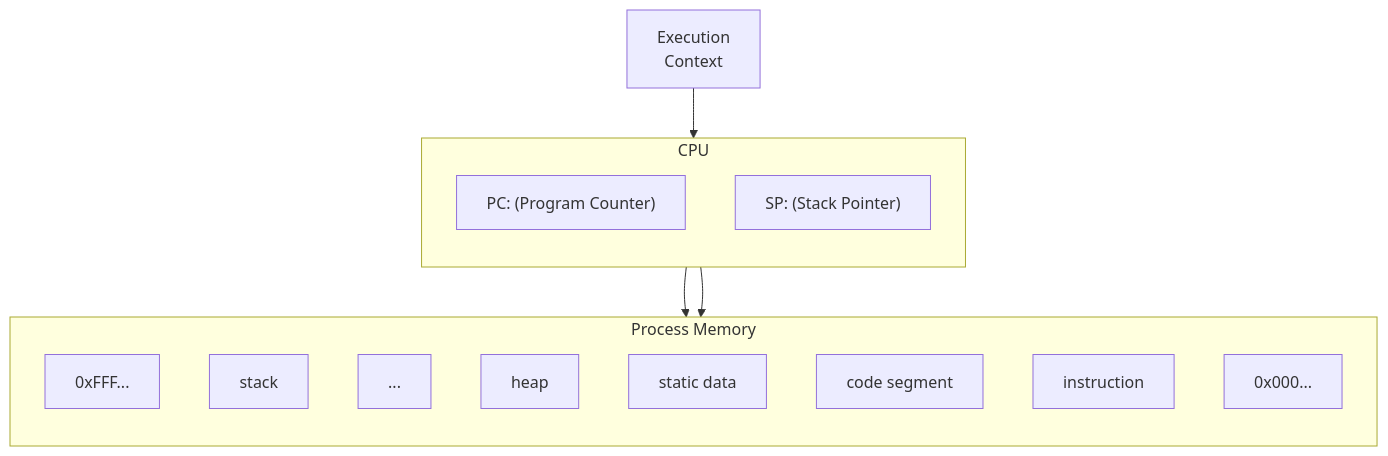
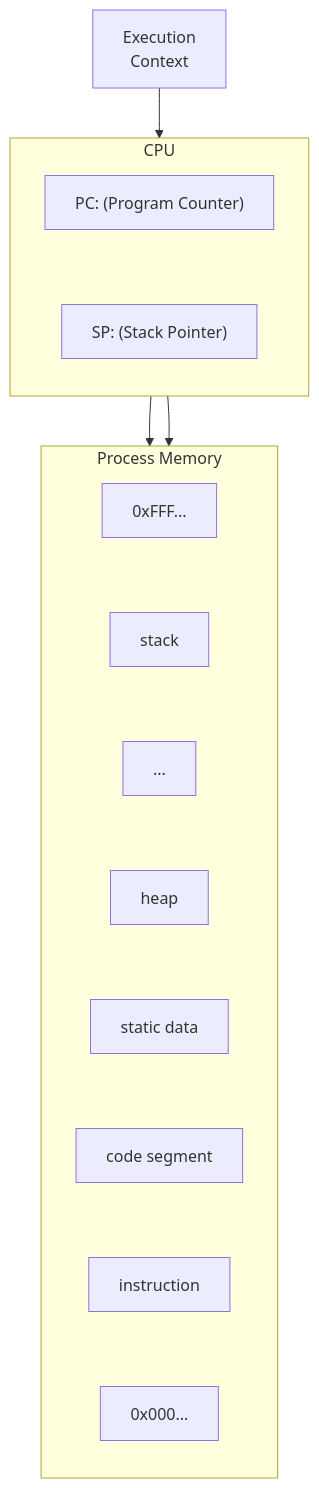
The first of 3 diagrams in md/os-lec02-process-context-switch-20260717.md (ttithipan/cei), drawn with Mermaid before and after one commit.

Commit message:
fix: add invisible links to force subgraph node stacking
Direction TB alone doesn't arrange nodes — they need connections.
Added ~~~ invisible links between all nodes in CPU and Process Memory
subgraphs to force vertical stacking order.

````diff
--- a/md/os-lec02-process-context-switch-20260717.md
+++ b/md/os-lec02-process-context-switch-20260717.md
@@ -390,22 +390,24 @@
 ```mermaid
 flowchart TD
     EC["Execution<br/>Context"] --> CPU
     subgraph CPU
         direction TB
         PC["PC: (Program Counter)"]
         SP["SP: (Stack Pointer)"]
+        PC ~~~ SP
     end
     subgraph Process["Process Memory"]
         direction TB
         TOP["0xFFF..."]
         STACK["stack"]
         GAP["..."]
         HEAP["heap"]
         SD["static data"]
         CS["code segment"]
         INST["instruction"]
         BOTTOM["0x000..."]
+        TOP ~~~ STACK ~~~ GAP ~~~ HEAP ~~~ SD ~~~ CS ~~~ INST ~~~ BOTTOM
     end
     PC --> INST
     SP --> STACK
 ```
````
